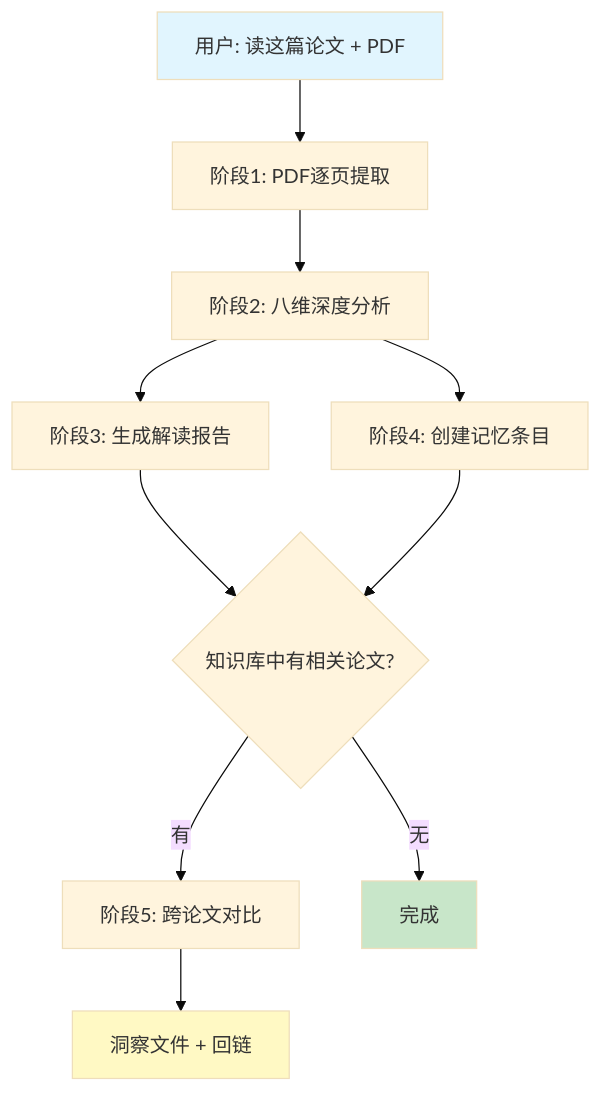
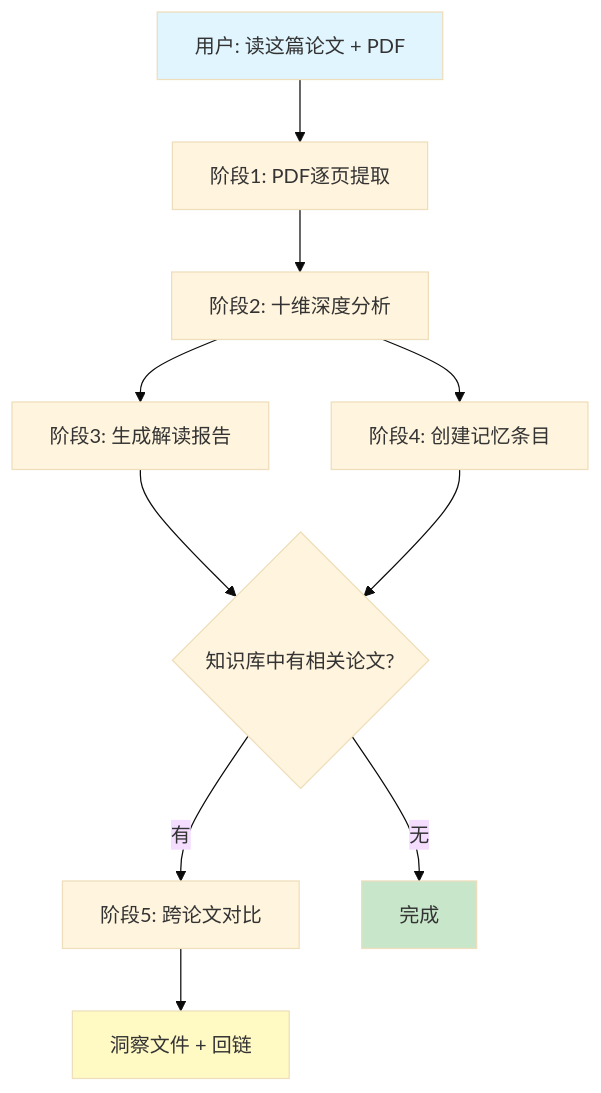
The diagram in README_CN.md (huyang51/deep_read_paper_skill), drawn with Mermaid (base theme) before and after one commit. The commit also changed other lines of this file and 1 other file, not shown here.

````diff
--- a/README_CN.md
+++ b/README_CN.md
@@ -49,16 +49,16 @@
 ```mermaid
 graph TD
     A["用户: 读这篇论文 + PDF"] --> B["阶段1: PDF逐页提取"]
-    B --> C["阶段2: 八维深度分析"]
+    B --> C["阶段2: 十维深度分析"]
     C --> D["阶段3: 生成解读报告"]
     C --> E["阶段4: 创建记忆条目"]
     D --> F{"知识库中有相关论文?"}
     E --> F
     F -->|"有"| G["阶段5: 跨论文对比"]
     F -->|"无"| H["完成"]
     G --> I["洞察文件 + 回链"]
 
     style A fill:#e1f5fe
     style H fill:#c8e6c9
     style I fill:#fff9c4
 ```
````
